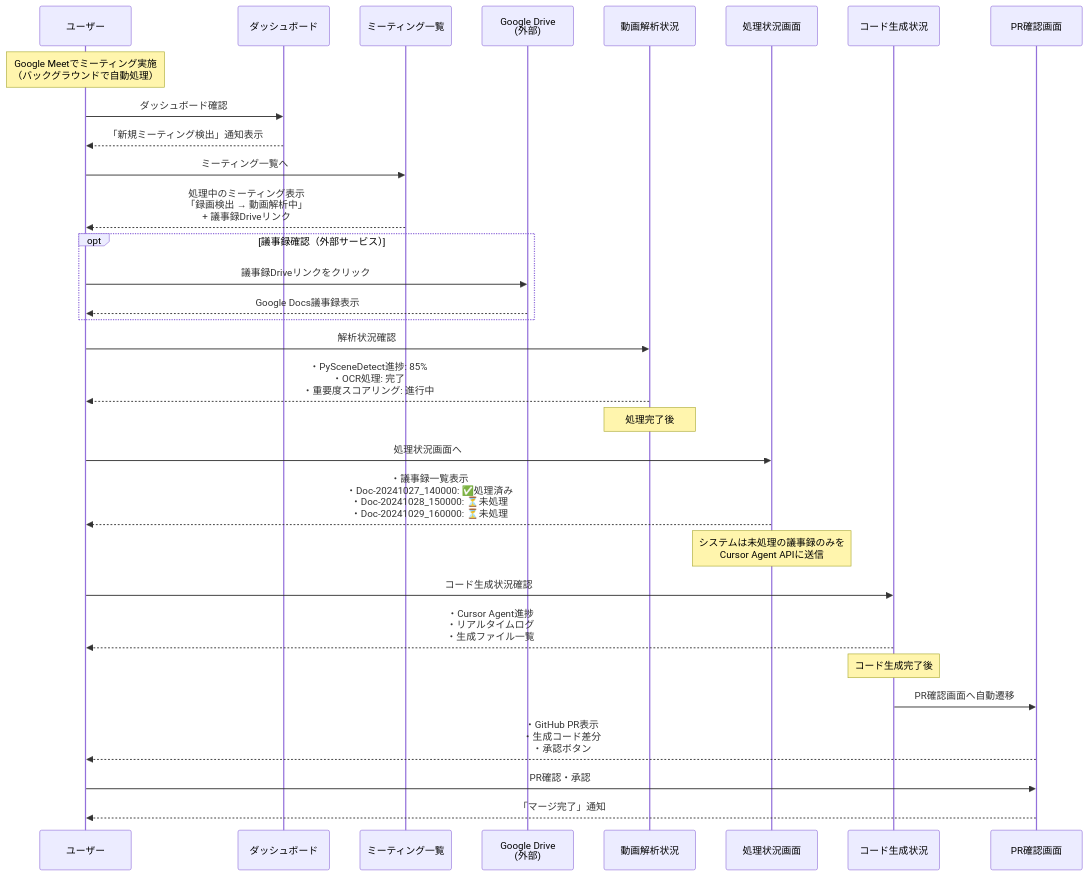
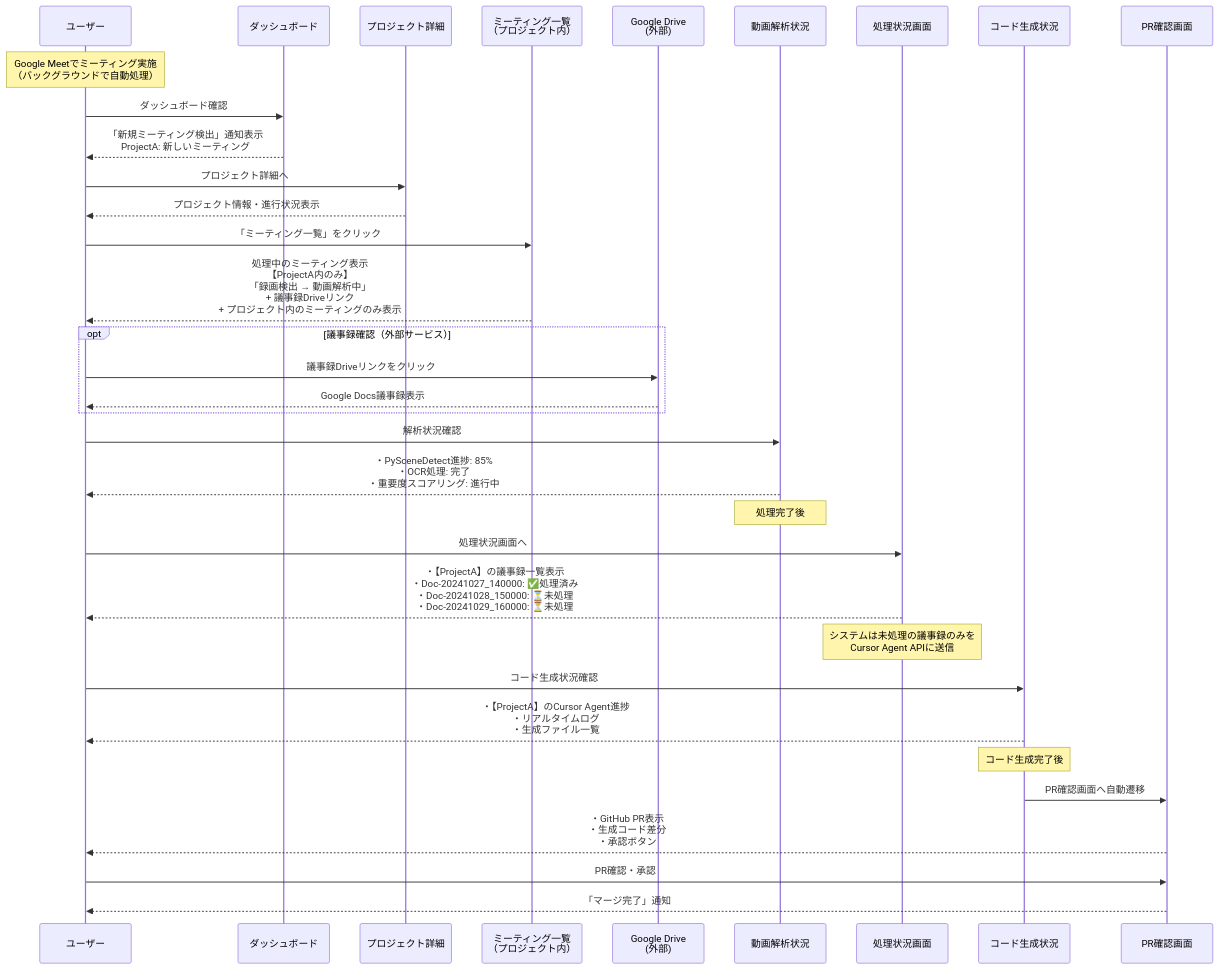
The tenth of 10 diagrams in docs/RealworldAgent_Diagrams.md (supertask/MentraAgent), drawn with Mermaid before and after one commit. The commit also changed other lines of this file, not shown here.

Commit message:
update diagram

````diff
--- a/docs/RealworldAgent_Diagrams.md
+++ b/docs/RealworldAgent_Diagrams.md
@@ -988,45 +987,49 @@
 ```mermaid
 sequenceDiagram
     participant User as ユーザー
     participant Dashboard as ダッシュボード
-    participant MeetingList as ミーティング一覧
+    participant ProjectDetail as プロジェクト詳細
+    participant MeetingList as ミーティング一覧<br/>（プロジェクト内）
     participant GoogleDrive as Google Drive<br/>(外部)
     participant VideoAnalysis as 動画解析状況
     participant ProcessingStatus as 処理状況画面
     participant CodeGenStatus as コード生成状況
     participant PRView as PR確認画面
     
     Note over User: Google Meetでミーティング実施<br/>（バックグラウンドで自動処理）
     
     User->>Dashboard: ダッシュボード確認
-    Dashboard-->>User: 「新規ミーティング検出」通知表示
+    Dashboard-->>User: 「新規ミーティング検出」通知表示<br/>ProjectA: 新しいミーティング
     
-    User->>MeetingList: ミーティング一覧へ
-    MeetingList-->>User: 処理中のミーティング表示<br/>「録画検出 → 動画解析中」<br/>+ 議事録Driveリンク
+    User->>ProjectDetail: プロジェクト詳細へ
+    ProjectDetail-->>User: プロジェクト情報・進行状況表示
+    
+    User->>MeetingList: 「ミーティング一覧」をクリック
+    MeetingList-->>User: 処理中のミーティング表示<br/>【ProjectA内のみ】<br/>「録画検出 → 動画解析中」<br/>+ 議事録Driveリンク<br/>+ プロジェクト内のミーティングのみ表示
     
     opt 議事録確認（外部サービス）
         User->>GoogleDrive: 議事録Driveリンクをクリック
         GoogleDrive-->>User: Google Docs議事録表示
     end
     
     User->>VideoAnalysis: 解析状況確認
     VideoAnalysis-->>User: ・PySceneDetect進捗: 85%<br/>・OCR処理: 完了<br/>・重要度スコアリング: 進行中
     
     Note over VideoAnalysis: 処理完了後
     
     User->>ProcessingStatus: 処理状況画面へ
-    ProcessingStatus-->>User: ・議事録一覧表示<br/>・Doc-20241027_140000: ✅処理済み<br/>・Doc-20241028_150000: ⏳未処理<br/>・Doc-20241029_160000: ⏳未処理
+    ProcessingStatus-->>User: ・【ProjectA】の議事録一覧表示<br/>・Doc-20241027_140000: ✅処理済み<br/>・Doc-20241028_150000: ⏳未処理<br/>・Doc-20241029_160000: ⏳未処理
     
     Note over ProcessingStatus: システムは未処理の議事録のみを<br/>Cursor Agent APIに送信
     
     User->>CodeGenStatus: コード生成状況確認
-    CodeGenStatus-->>User: ・Cursor Agent進捗<br/>・リアルタイムログ<br/>・生成ファイル一覧
+    CodeGenStatus-->>User: ・【ProjectA】のCursor Agent進捗<br/>・リアルタイムログ<br/>・生成ファイル一覧
     
     Note over CodeGenStatus: コード生成完了後
     
     CodeGenStatus->>PRView: PR確認画面へ自動遷移
     PRView-->>User: ・GitHub PR表示<br/>・生成コード差分<br/>・承認ボタン
     
     User->>PRView: PR確認・承認
     PRView-->>User: 「マージ完了」通知
 ```
````
